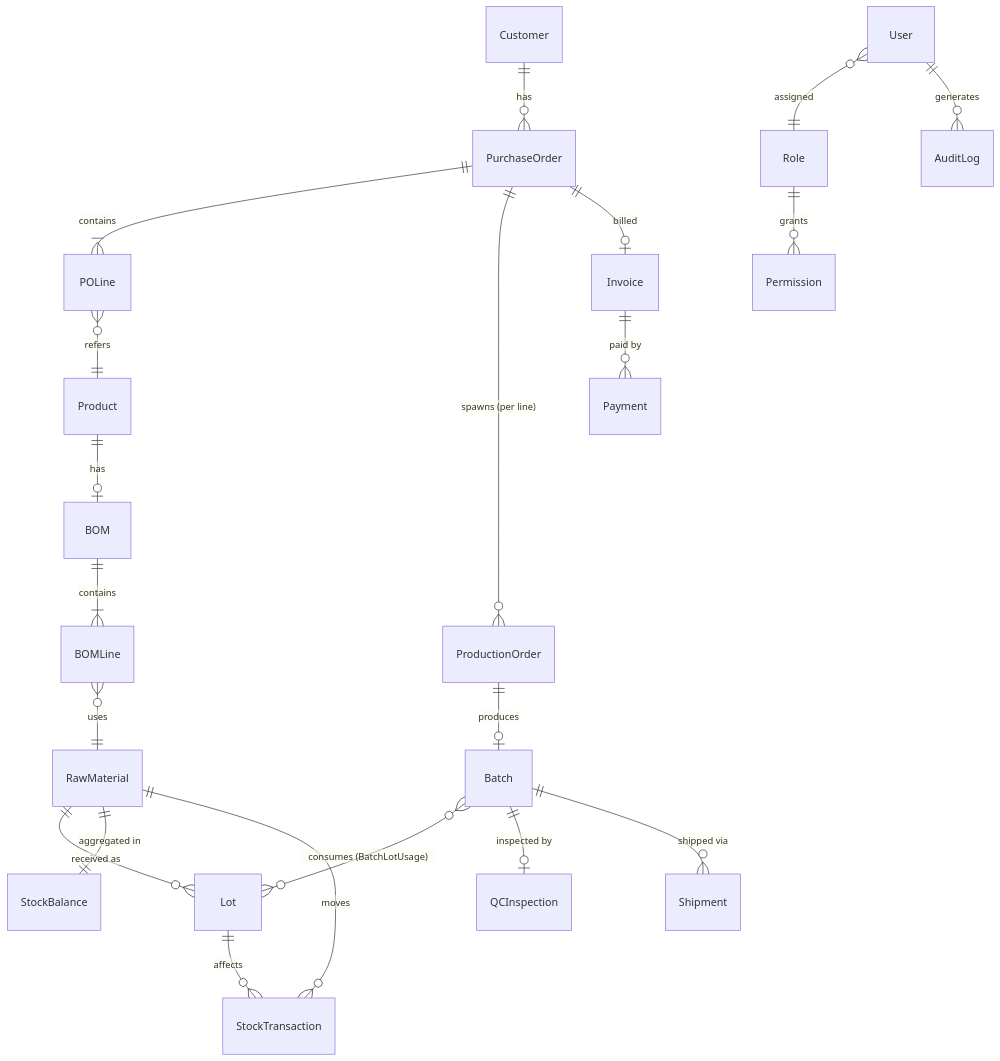
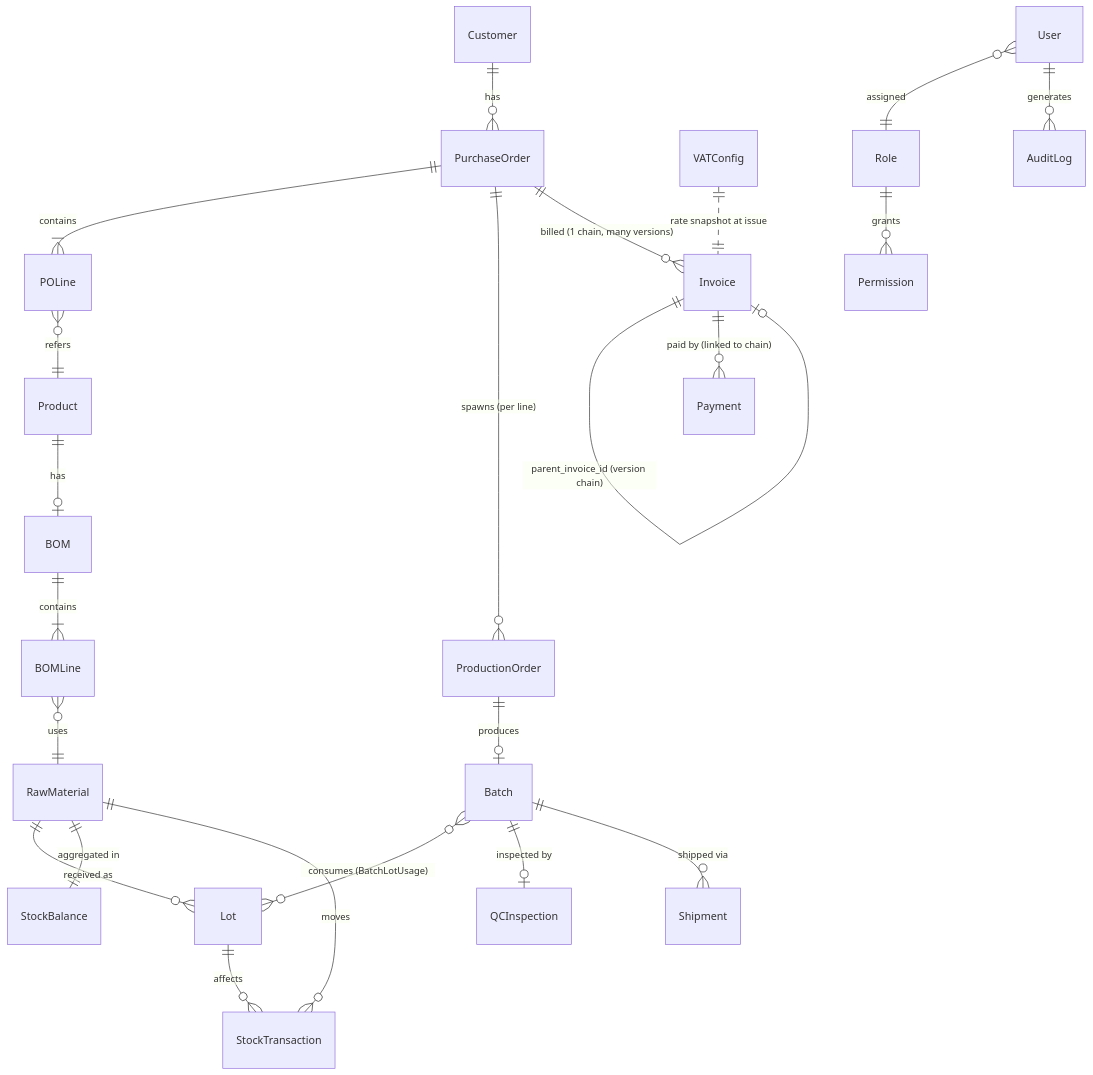
One commit to sitthi-phat/erp-cosmetics-manufacturing-module changed the second of 2 diagrams in docs/design/erp-core-prototype/architecture.md. Above: the diagram before and after it, drawn with Mermaid. The commit also changed other lines of this file and 5 other files, not shown here.

````diff
--- a/docs/design/erp-core-prototype/architecture.md
+++ b/docs/design/erp-core-prototype/architecture.md
@@ -105,23 +107,25 @@
 ```mermaid
 erDiagram
   Customer ||--o{ PurchaseOrder : has
   PurchaseOrder ||--|{ POLine : contains
   POLine }o--|| Product : refers
   Product ||--o| BOM : has
   BOM ||--|{ BOMLine : contains
   BOMLine }o--|| RawMaterial : uses
   RawMaterial ||--o{ Lot : "received as"
   RawMaterial ||--|| StockBalance : "aggregated in"
   RawMaterial ||--o{ StockTransaction : moves
   Lot ||--o{ StockTransaction : "affects"
   PurchaseOrder ||--o{ ProductionOrder : "spawns (per line)"
   ProductionOrder ||--o| Batch : produces
   Batch }o--o{ Lot : "consumes (BatchLotUsage)"
   Batch ||--o| QCInspection : "inspected by"
   Batch ||--o{ Shipment : "shipped via"
-  PurchaseOrder ||--o| Invoice : billed
-  Invoice ||--o{ Payment : "paid by"
+  PurchaseOrder ||--o{ Invoice : "billed (1 chain, many versions)"
+  Invoice ||--o| Invoice : "parent_invoice_id (version chain)"
+  Invoice ||--o{ Payment : "paid by (linked to chain)"
+  VATConfig ||..|| Invoice : "rate snapshot at issue"
   User }o--|| Role : "assigned"
   Role ||--o{ Permission : grants
   User ||--o{ AuditLog : generates
 ```
````
